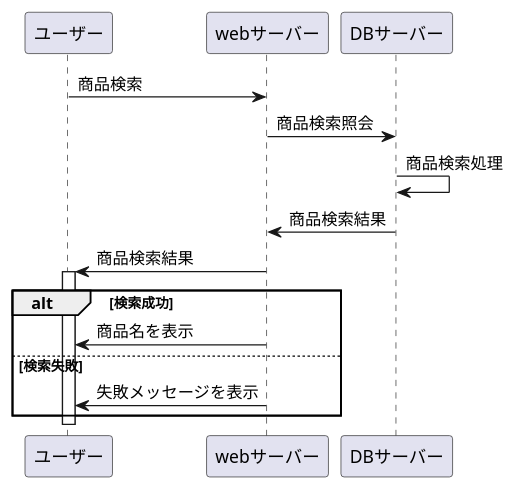
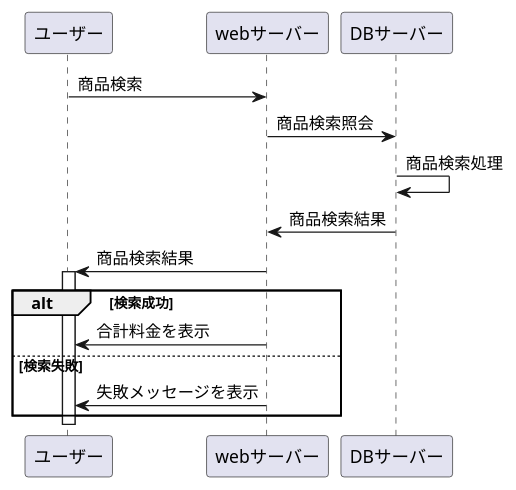
The second of 3 diagrams in 2001397.md (Aso2001397/2021sys-design), drawn with PlantUML before and after one commit. The commit also changed other lines of this file, not shown here.

````diff
--- a/2001397.md
+++ b/2001397.md
@@ -22,19 +22,19 @@
 ```uml
 @startuml 
 ユーザー -> webサーバー : 商品検索
 webサーバー -> DBサーバー : 商品検索照会
 DBサーバー -> DBサーバー : 商品検索処理
 DBサーバー -> webサーバー : 商品検索結果
 webサーバー -> ユーザー : 商品検索結果
 
 activate ユーザー
 
 alt 検索成功
-webサーバー -> ユーザー : 商品名を表示
+webサーバー -> ユーザー : 合計料金を表示
 else 検索失敗
 webサーバー -> ユーザー : 失敗メッセージを表示
 end
 
 deactivate ユーザー
 @enduml
 ```
````
